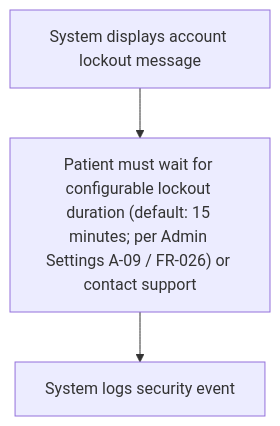
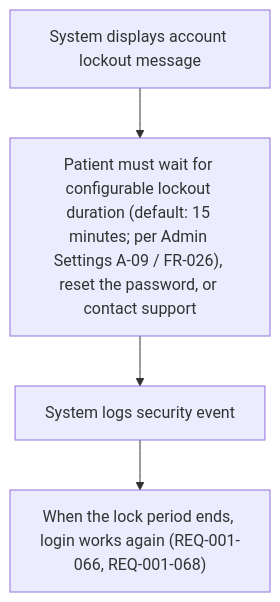
One commit to joachimtrungtuan/hairline-pm-docs changed the seventh of 15 diagrams in project-requirements/functional-requirements/fr001-patient-authentication/prd.md. Above: the diagram before and after it, drawn with Mermaid. The commit also changed other lines of this file and 6 other files, not shown here.

Commit message:
docs(fr001): apply logic review pass 1 fixes to PRD and graph

````diff
--- a/project-requirements/functional-requirements/fr001-patient-authentication/prd.md
+++ b/project-requirements/functional-requirements/fr001-patient-authentication/prd.md
@@ -203,5 +203,6 @@
 ```mermaid
 flowchart TD
-  W2B2_1["System displays account lockout message"] --> W2B2_2["Patient must wait for configurable lockout duration (default: 15 minutes; per Admin Settings A-09 / FR-026) or contact support"]
+  W2B2_1["System displays account lockout message"] --> W2B2_2["Patient must wait for configurable lockout duration (default: 15 minutes; per Admin Settings A-09 / FR-026), reset the password, or contact support"]
   W2B2_2 --> W2B2_3["System logs security event"]
+  W2B2_3 --> W2B2_4["When the lock period ends, login works again (REQ-001-066, REQ-001-068)"]
 ```
````
